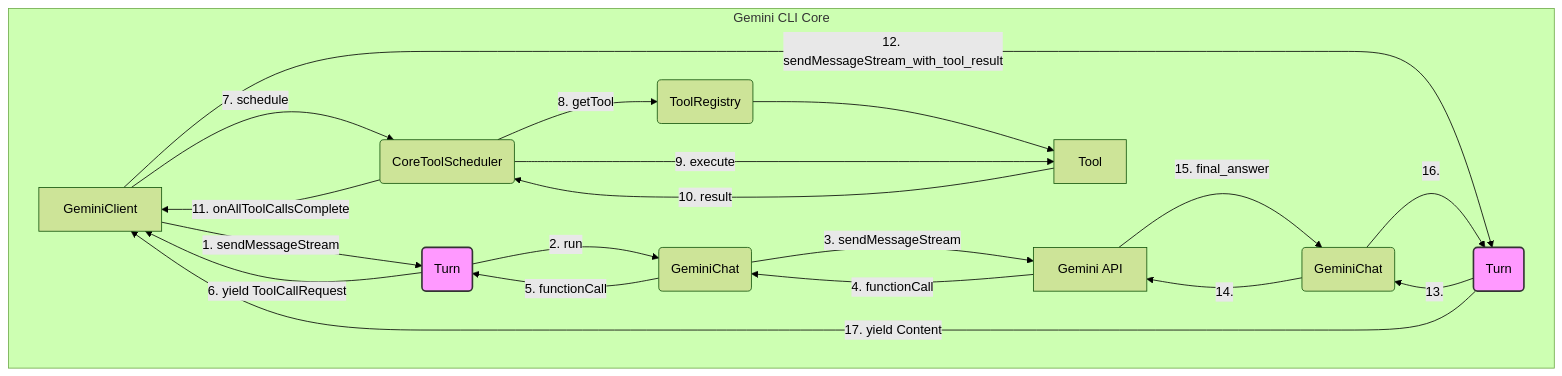
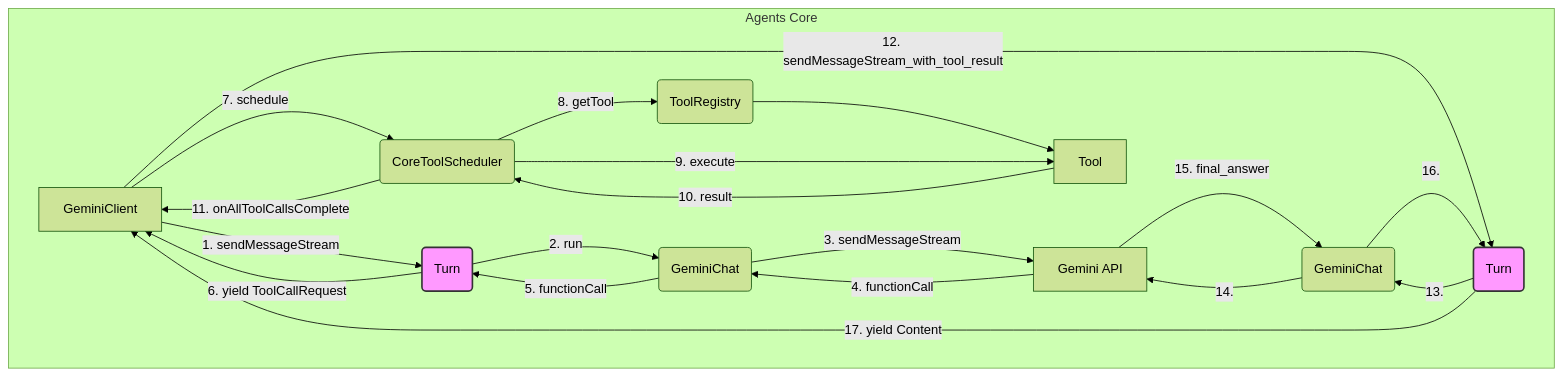
The seventh of 9 diagrams in dev_notes/01_Research_and_Analysis/Gemini CLI 核心工作原理解析.md (akiojin/agents), drawn with Mermaid (forest theme) before and after one commit. The commit also changed other lines of this file and 9 other files, not shown here.

````diff
--- a/dev_notes/01_Research_and_Analysis/Gemini CLI 核心工作原理解析.md
+++ b/dev_notes/01_Research_and_Analysis/Gemini CLI 核心工作原理解析.md
@@ -250,26 +250,26 @@
 ```mermaid
 graph TD
-    subgraph Gemini CLI Core
+    subgraph Agents Core
         GC[GeminiClient] -->|1. sendMessageStream| T(Turn)
         T -->|2. run| GChat(GeminiChat)
         GChat -->|3. sendMessageStream| API[Gemini API]
         API -->|4. functionCall| GChat
         GChat -->|5. functionCall| T
         T -->|6. yield ToolCallRequest| GC
         GC -->|7. schedule| CTS(CoreToolScheduler)
         CTS -->|8. getTool| TR(ToolRegistry)
         TR --> Tool
         CTS -->|9. execute| Tool
         Tool -->|10. result| CTS
         CTS -->|11. onAllToolCallsComplete| GC
         GC -->|12. sendMessageStream_with_tool_result| T2(Turn)
         T2 -->|13.| GChat2(GeminiChat)
         GChat2 -->|14.| API
         API -->|15. final_answer| GChat2
         GChat2 -->|16. | T2
         T2 -->|17. yield Content| GC
     end
 
     style T fill:#f9f,stroke:#333,stroke-width:2px
     style T2 fill:#f9f,stroke:#333,stroke-width:2px
 ```
````
